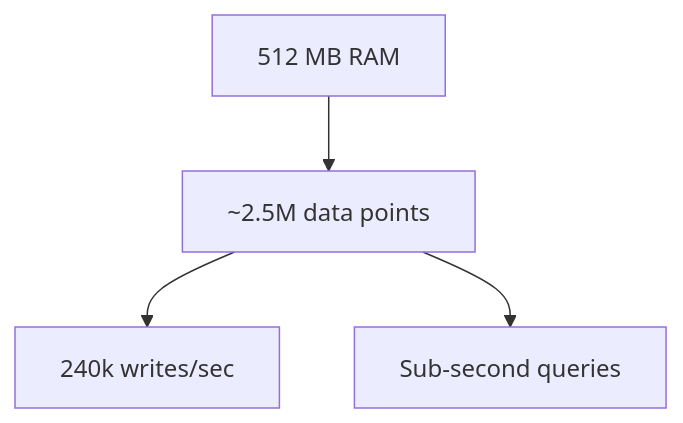
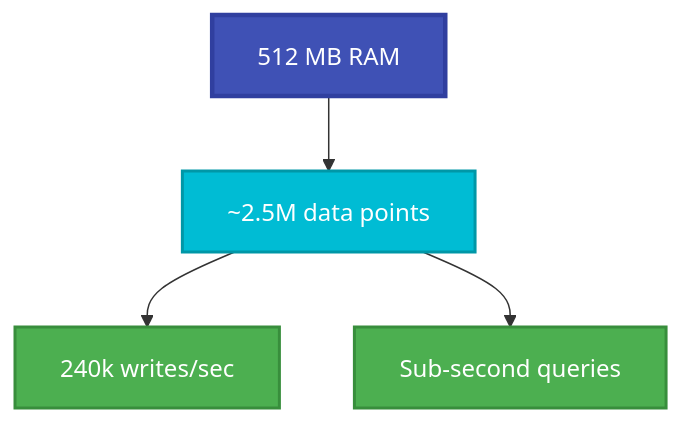
The fifth of 6 diagrams in docs/benchmarks.md (Pablo997/pulsardb), drawn with Mermaid before and after one commit. The commit also changed other lines of this file and 2 other files, not shown here.

Commit message:
Update README and documentation with enhanced performance metrics, including write/query throughput and memory efficiency. Add performance optimizations to the README and adjust roadmap completion date to November 2025.

````diff
--- a/docs/benchmarks.md
+++ b/docs/benchmarks.md
@@ -250,6 +254,10 @@
 ```mermaid
 graph TD
     A[512 MB RAM] --> B[~2.5M data points]
     B --> C[240k writes/sec]
     B --> D[Sub-second queries]
+    style A fill:#3F51B5,stroke:#303F9F,stroke-width:3px,color:#fff
+    style B fill:#00BCD4,stroke:#0097A7,stroke-width:2px,color:#fff
+    style C fill:#4CAF50,stroke:#388E3C,stroke-width:2px,color:#fff
+    style D fill:#4CAF50,stroke:#388E3C,stroke-width:2px,color:#fff
 ```
````
